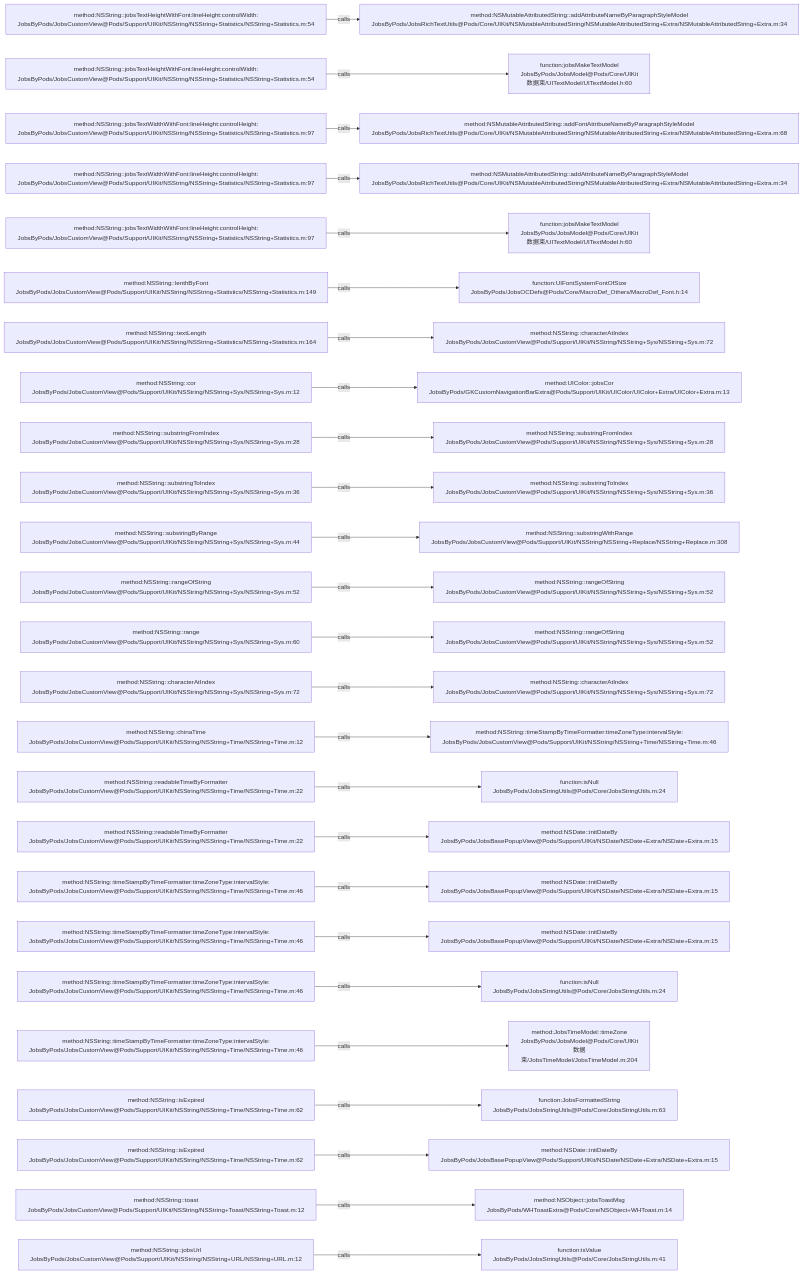
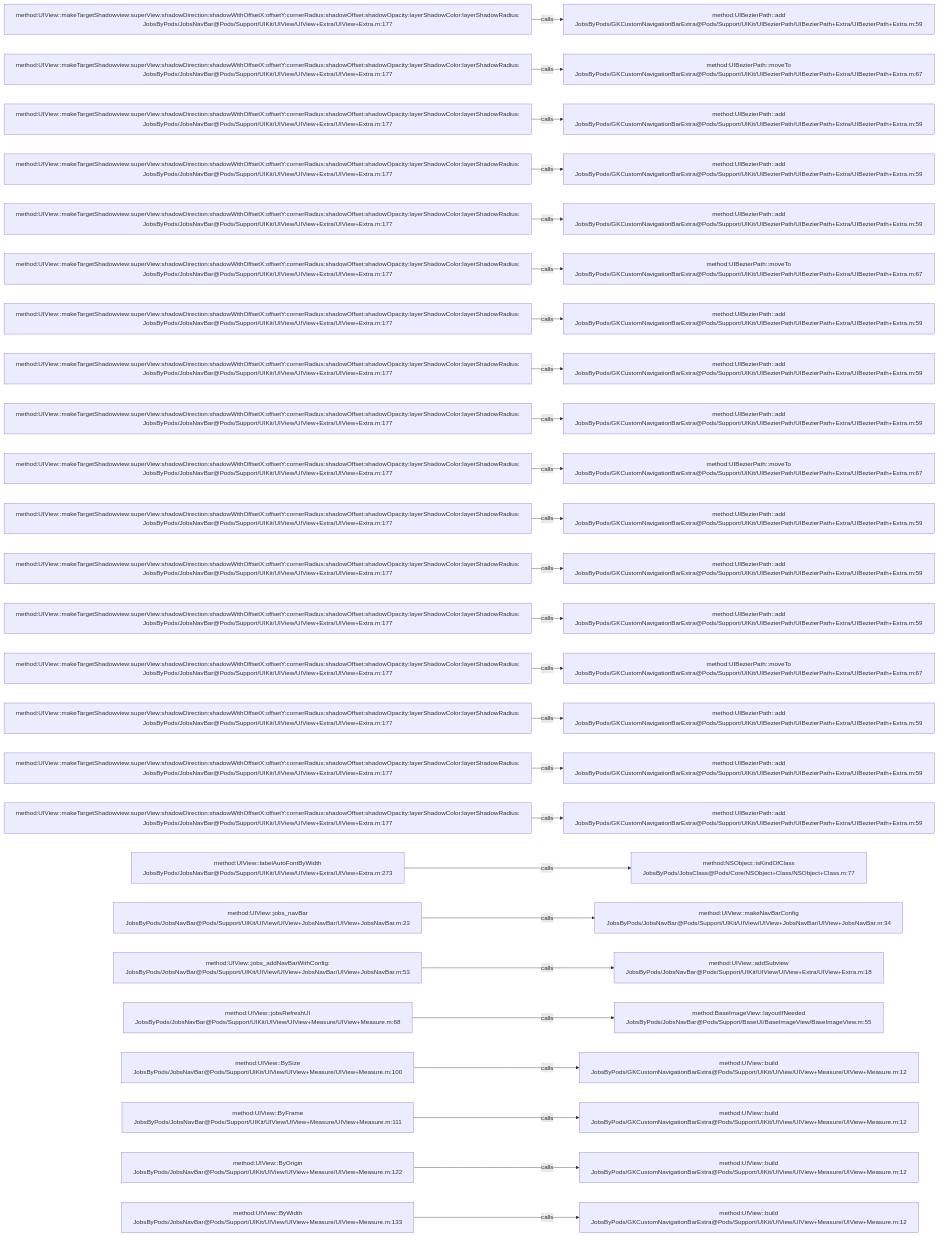
Before and after one commit to JobsKits/JobsOCBaseConfigDemo: the diagram in .codegraph/codegraph.md/graphs/calls-083.md, drawn with Mermaid. The commit also changed 573 other files, not shown here.

````diff
--- a/.codegraph/codegraph.md/graphs/calls-083.md
+++ b/.codegraph/codegraph.md/graphs/calls-083.md
@@ -13,78 +13,78 @@
 ```mermaid
 flowchart LR
-  S1["method:NSString::jobsTextHeightWithFont:lineHeight:controlWidth:<br/>JobsByPods/JobsCustomView@Pods/Support/UIKit/NSString/NSString+Statistics/NSString+Statistics.m:54"]
-  T1["method:NSMutableAttributedString::addAttributeNameByParagraphStyleModel<br/>JobsByPods/JobsRichTextUtils@Pods/Core/UIKit/NSMutableAttributedString/NSMutableAttributedString+Extra/NSMutableAttributedString+Extra.m:34"]
+  S1["method:UIView::makeTargetShadowview:superView:shadowDirection:shadowWithOffsetX:offsetY:cornerRadius:shadowOffset:shadowOpacity:layerShadowColor:layerShadowRadius:<br/>JobsByPods/JobsNavBar@Pods/Support/UIKit/UIView/UIView+Extra/UIView+Extra.m:177"]
+  T1["method:UIBezierPath::add<br/>JobsByPods/GKCustomNavigationBarExtra@Pods/Support/UIKit/UIBezierPath/UIBezierPath+Extra/UIBezierPath+Extra.m:59"]
   S1 -->|calls| T1
-  S2["method:NSString::jobsTextHeightWithFont:lineHeight:controlWidth:<br/>JobsByPods/JobsCustomView@Pods/Support/UIKit/NSString/NSString+Statistics/NSString+Statistics.m:54"]
-  T2["function:jobsMakeTextModel<br/>JobsByPods/JobsModel@Pods/Core/UIKit数据束/UITextModel/UITextModel.h:60"]
+  S2["method:UIView::makeTargetShadowview:superView:shadowDirection:shadowWithOffsetX:offsetY:cornerRadius:shadowOffset:shadowOpacity:layerShadowColor:layerShadowRadius:<br/>JobsByPods/JobsNavBar@Pods/Support/UIKit/UIView/UIView+Extra/UIView+Extra.m:177"]
+  T2["method:UIBezierPath::moveTo<br/>JobsByPods/GKCustomNavigationBarExtra@Pods/Support/UIKit/UIBezierPath/UIBezierPath+Extra/UIBezierPath+Extra.m:67"]
   S2 -->|calls| T2
-  S3["method:NSString::jobsTextWidthWithFont:lineHeight:controlHeight:<br/>JobsByPods/JobsCustomView@Pods/Support/UIKit/NSString/NSString+Statistics/NSString+Statistics.m:97"]
-  T3["method:NSMutableAttributedString::addFontAttributeNameByParagraphStyleModel<br/>JobsByPods/JobsRichTextUtils@Pods/Core/UIKit/NSMutableAttributedString/NSMutableAttributedString+Extra/NSMutableAttributedString+Extra.m:68"]
+  S3["method:UIView::makeTargetShadowview:superView:shadowDirection:shadowWithOffsetX:offsetY:cornerRadius:shadowOffset:shadowOpacity:layerShadowColor:layerShadowRadius:<br/>JobsByPods/JobsNavBar@Pods/Support/UIKit/UIView/UIView+Extra/UIView+Extra.m:177"]
+  T3["method:UIBezierPath::add<br/>JobsByPods/GKCustomNavigationBarExtra@Pods/Support/UIKit/UIBezierPath/UIBezierPath+Extra/UIBezierPath+Extra.m:59"]
   S3 -->|calls| T3
-  S4["method:NSString::jobsTextWidthWithFont:lineHeight:controlHeight:<br/>JobsByPods/JobsCustomView@Pods/Support/UIKit/NSString/NSString+Statistics/NSString+Statistics.m:97"]
-  T4["method:NSMutableAttributedString::addAttributeNameByParagraphStyleModel<br/>JobsByPods/JobsRichTextUtils@Pods/Core/UIKit/NSMutableAttributedString/NSMutableAttributedString+Extra/NSMutableAttributedString+Extra.m:34"]
+  S4["method:UIView::makeTargetShadowview:superView:shadowDirection:shadowWithOffsetX:offsetY:cornerRadius:shadowOffset:shadowOpacity:layerShadowColor:layerShadowRadius:<br/>JobsByPods/JobsNavBar@Pods/Support/UIKit/UIView/UIView+Extra/UIView+Extra.m:177"]
+  T4["method:UIBezierPath::add<br/>JobsByPods/GKCustomNavigationBarExtra@Pods/Support/UIKit/UIBezierPath/UIBezierPath+Extra/UIBezierPath+Extra.m:59"]
   S4 -->|calls| T4
-  S5["method:NSString::jobsTextWidthWithFont:lineHeight:controlHeight:<br/>JobsByPods/JobsCustomView@Pods/Support/UIKit/NSString/NSString+Statistics/NSString+Statistics.m:97"]
-  T5["function:jobsMakeTextModel<br/>JobsByPods/JobsModel@Pods/Core/UIKit数据束/UITextModel/UITextModel.h:60"]
+  S5["method:UIView::makeTargetShadowview:superView:shadowDirection:shadowWithOffsetX:offsetY:cornerRadius:shadowOffset:shadowOpacity:layerShadowColor:layerShadowRadius:<br/>JobsByPods/JobsNavBar@Pods/Support/UIKit/UIView/UIView+Extra/UIView+Extra.m:177"]
+  T5["method:UIBezierPath::add<br/>JobsByPods/GKCustomNavigationBarExtra@Pods/Support/UIKit/UIBezierPath/UIBezierPath+Extra/UIBezierPath+Extra.m:59"]
   S5 -->|calls| T5
-  S6["method:NSString::lenthByFont<br/>JobsByPods/JobsCustomView@Pods/Support/UIKit/NSString/NSString+Statistics/NSString+Statistics.m:149"]
-  T6["function:UIFontSystemFontOfSize<br/>JobsByPods/JobsOCDefs@Pods/Core/MacroDef_Others/MacroDef_Font.h:14"]
+  S6["method:UIView::makeTargetShadowview:superView:shadowDirection:shadowWithOffsetX:offsetY:cornerRadius:shadowOffset:shadowOpacity:layerShadowColor:layerShadowRadius:<br/>JobsByPods/JobsNavBar@Pods/Support/UIKit/UIView/UIView+Extra/UIView+Extra.m:177"]
+  T6["method:UIBezierPath::moveTo<br/>JobsByPods/GKCustomNavigationBarExtra@Pods/Support/UIKit/UIBezierPath/UIBezierPath+Extra/UIBezierPath+Extra.m:67"]
   S6 -->|calls| T6
-  S7["method:NSString::textLength<br/>JobsByPods/JobsCustomView@Pods/Support/UIKit/NSString/NSString+Statistics/NSString+Statistics.m:164"]
-  T7["method:NSString::characterAtIndex<br/>JobsByPods/JobsCustomView@Pods/Support/UIKit/NSString/NSString+Sys/NSString+Sys.m:72"]
+  S7["method:UIView::makeTargetShadowview:superView:shadowDirection:shadowWithOffsetX:offsetY:cornerRadius:shadowOffset:shadowOpacity:layerShadowColor:layerShadowRadius:<br/>JobsByPods/JobsNavBar@Pods/Support/UIKit/UIView/UIView+Extra/UIView+Extra.m:177"]
+  T7["method:UIBezierPath::add<br/>JobsByPods/GKCustomNavigationBarExtra@Pods/Support/UIKit/UIBezierPath/UIBezierPath+Extra/UIBezierPath+Extra.m:59"]
   S7 -->|calls| T7
-  S8["method:NSString::cor<br/>JobsByPods/JobsCustomView@Pods/Support/UIKit/NSString/NSString+Sys/NSString+Sys.m:12"]
-  T8["method:UIColor::jobsCor<br/>JobsByPods/GKCustomNavigationBarExtra@Pods/Support/UIKit/UIColor/UIColor+Extra/UIColor+Extra.m:13"]
+  S8["method:UIView::makeTargetShadowview:superView:shadowDirection:shadowWithOffsetX:offsetY:cornerRadius:shadowOffset:shadowOpacity:layerShadowColor:layerShadowRadius:<br/>JobsByPods/JobsNavBar@Pods/Support/UIKit/UIView/UIView+Extra/UIView+Extra.m:177"]
+  T8["method:UIBezierPath::add<br/>JobsByPods/GKCustomNavigationBarExtra@Pods/Support/UIKit/UIBezierPath/UIBezierPath+Extra/UIBezierPath+Extra.m:59"]
   S8 -->|calls| T8
-  S9["method:NSString::substringFromIndex<br/>JobsByPods/JobsCustomView@Pods/Support/UIKit/NSString/NSString+Sys/NSString+Sys.m:28"]
-  T9["method:NSString::substringFromIndex<br/>JobsByPods/JobsCustomView@Pods/Support/UIKit/NSString/NSString+Sys/NSString+Sys.m:28"]
+  S9["method:UIView::makeTargetShadowview:superView:shadowDirection:shadowWithOffsetX:offsetY:cornerRadius:shadowOffset:shadowOpacity:layerShadowColor:layerShadowRadius:<br/>JobsByPods/JobsNavBar@Pods/Support/UIKit/UIView/UIView+Extra/UIView+Extra.m:177"]
+  T9["method:UIBezierPath::add<br/>JobsByPods/GKCustomNavigationBarExtra@Pods/Support/UIKit/UIBezierPath/UIBezierPath+Extra/UIBezierPath+Extra.m:59"]
   S9 -->|calls| T9
-  S10["method:NSString::substringToIndex<br/>JobsByPods/JobsCustomView@Pods/Support/UIKit/NSString/NSString+Sys/NSString+Sys.m:36"]
-  T10["method:NSString::substringToIndex<br/>JobsByPods/JobsCustomView@Pods/Support/UIKit/NSString/NSString+Sys/NSString+Sys.m:36"]
+  S10["method:UIView::makeTargetShadowview:superView:shadowDirection:shadowWithOffsetX:offsetY:cornerRadius:shadowOffset:shadowOpacity:layerShadowColor:layerShadowRadius:<br/>JobsByPods/JobsNavBar@Pods/Support/UIKit/UIView/UIView+Extra/UIView+Extra.m:177"]
+  T10["method:UIBezierPath::moveTo<br/>JobsByPods/GKCustomNavigationBarExtra@Pods/Support/UIKit/UIBezierPath/UIBezierPath+Extra/UIBezierPath+Extra.m:67"]
   S10 -->|calls| T10
-  S11["method:NSString::substringByRange<br/>JobsByPods/JobsCustomView@Pods/Support/UIKit/NSString/NSString+Sys/NSString+Sys.m:44"]
-  T11["method:NSString::substringWithRange<br/>JobsByPods/JobsCustomView@Pods/Support/UIKit/NSString/NSString+Replace/NSString+Replace.m:308"]
+  S11["method:UIView::makeTargetShadowview:superView:shadowDirection:shadowWithOffsetX:offsetY:cornerRadius:shadowOffset:shadowOpacity:layerShadowColor:layerShadowRadius:<br/>JobsByPods/JobsNavBar@Pods/Support/UIKit/UIView/UIView+Extra/UIView+Extra.m:177"]
+  T11["method:UIBezierPath::add<br/>JobsByPods/GKCustomNavigationBarExtra@Pods/Support/UIKit/UIBezierPath/UIBezierPath+Extra/UIBezierPath+Extra.m:59"]
   S11 -->|calls| T11
-  S12["method:NSString::rangeOfString<br/>JobsByPods/JobsCustomView@Pods/Support/UIKit/NSString/NSString+Sys/NSString+Sys.m:52"]
-  T12["method:NSString::rangeOfString<br/>JobsByPods/JobsCustomView@Pods/Support/UIKit/NSString/NSString+Sys/NSString+Sys.m:52"]
+  S12["method:UIView::makeTargetShadowview:superView:shadowDirection:shadowWithOffsetX:offsetY:cornerRadius:shadowOffset:shadowOpacity:layerShadowColor:layerShadowRadius:<br/>JobsByPods/JobsNavBar@Pods/Support/UIKit/UIView/UIView+Extra/UIView+Extra.m:177"]
+  T12["method:UIBezierPath::add<br/>JobsByPods/GKCustomNavigationBarExtra@Pods/Support/UIKit/UIBezierPath/UIBezierPath+Extra/UIBezierPath+Extra.m:59"]
   S12 -->|calls| T12
-  S13["method:NSString::range<br/>JobsByPods/JobsCustomView@Pods/Support/UIKit/NSString/NSString+Sys/NSString+Sys.m:60"]
-  T13["method:NSString::rangeOfString<br/>JobsByPods/JobsCustomView@Pods/Support/UIKit/NSString/NSString+Sys/NSString+Sys.m:52"]
+  S13["method:UIView::makeTargetShadowview:superView:shadowDirection:shadowWithOffsetX:offsetY:cornerRadius:shadowOffset:shadowOpacity:layerShadowColor:layerShadowRadius:<br/>JobsByPods/JobsNavBar@Pods/Support/UIKit/UIView/UIView+Extra/UIView+Extra.m:177"]
+  T13["method:UIBezierPath::add<br/>JobsByPods/GKCustomNavigationBarExtra@Pods/Support/UIKit/UIBezierPath/UIBezierPath+Extra/UIBezierPath+Extra.m:59"]
   S13 -->|calls| T13
-  S14["method:NSString::characterAtIndex<br/>JobsByPods/JobsCustomView@Pods/Support/UIKit/NSString/NSString+Sys/NSString+Sys.m:72"]
-  T14["method:NSString::characterAtIndex<br/>JobsByPods/JobsCustomView@Pods/Support/UIKit/NSString/NSString+Sys/NSString+Sys.m:72"]
+  S14["method:UIView::makeTargetShadowview:superView:shadowDirection:shadowWithOffsetX:offsetY:cornerRadius:shadowOffset:shadowOpacity:layerShadowColor:layerShadowRadius:<br/>JobsByPods/JobsNavBar@Pods/Support/UIKit/UIView/UIView+Extra/UIView+Extra.m:177"]
+  T14["method:UIBezierPath::moveTo<br/>JobsByPods/GKCustomNavigationBarExtra@Pods/Support/UIKit/UIBezierPath/UIBezierPath+Extra/UIBezierPath+Extra.m:67"]
   S14 -->|calls| T14
-  S15["method:NSString::chinaTime<br/>JobsByPods/JobsCustomView@Pods/Support/UIKit/NSString/NSString+Time/NSString+Time.m:12"]
-  T15["method:NSString::timeStampByTimeFormatter:timeZoneType:intervalStyle:<br/>JobsByPods/JobsCustomView@Pods/Support/UIKit/NSString/NSString+Time/NSString+Time.m:46"]
+  S15["method:UIView::makeTargetShadowview:superView:shadowDirection:shadowWithOffsetX:offsetY:cornerRadius:shadowOffset:shadowOpacity:layerShadowColor:layerShadowRadius:<br/>JobsByPods/JobsNavBar@Pods/Support/UIKit/UIView/UIView+Extra/UIView+Extra.m:177"]
+  T15["method:UIBezierPath::add<br/>JobsByPods/GKCustomNavigationBarExtra@Pods/Support/UIKit/UIBezierPath/UIBezierPath+Extra/UIBezierPath+Extra.m:59"]
   S15 -->|calls| T15
-  S16["method:NSString::readableTimeByFormatter<br/>JobsByPods/JobsCustomView@Pods/Support/UIKit/NSString/NSString+Time/NSString+Time.m:22"]
-  T16["function:isNull<br/>JobsByPods/JobsStringUtils@Pods/Core/JobsStringUtils.m:24"]
+  S16["method:UIView::makeTargetShadowview:superView:shadowDirection:shadowWithOffsetX:offsetY:cornerRadius:shadowOffset:shadowOpacity:layerShadowColor:layerShadowRadius:<br/>JobsByPods/JobsNavBar@Pods/Support/UIKit/UIView/UIView+Extra/UIView+Extra.m:177"]
+  T16["method:UIBezierPath::add<br/>JobsByPods/GKCustomNavigationBarExtra@Pods/Support/UIKit/UIBezierPath/UIBezierPath+Extra/UIBezierPath+Extra.m:59"]
   S16 -->|calls| T16
-  S17["method:NSString::readableTimeByFormatter<br/>JobsByPods/JobsCustomView@Pods/Support/UIKit/NSString/NSString+Time/NSString+Time.m:22"]
-  T17["method:NSDate::initDateBy<br/>JobsByPods/JobsBasePopupView@Pods/Support/UIKit/NSDate/NSDate+Extra/NSDate+Extra.m:15"]
+  S17["method:UIView::makeTargetShadowview:superView:shadowDirection:shadowWithOffsetX:offsetY:cornerRadius:shadowOffset:shadowOpacity:layerShadowColor:layerShadowRadius:<br/>JobsByPods/JobsNavBar@Pods/Support/UIKit/UIView/UIView+Extra/UIView+Extra.m:177"]
+  T17["method:UIBezierPath::add<br/>JobsByPods/GKCustomNavigationBarExtra@Pods/Support/UIKit/UIBezierPath/UIBezierPath+Extra/UIBezierPath+Extra.m:59"]
   S17 -->|calls| T17
-  S18["method:NSString::timeStampByTimeFormatter:timeZoneType:intervalStyle:<br/>JobsByPods/JobsCustomView@Pods/Support/UIKit/NSString/NSString+Time/NSString+Time.m:46"]
-  T18["method:NSDate::initDateBy<br/>JobsByPods/JobsBasePopupView@Pods/Support/UIKit/NSDate/NSDate+Extra/NSDate+Extra.m:15"]
+  S18["method:UIView::labelAutoFontByWidth<br/>JobsByPods/JobsNavBar@Pods/Support/UIKit/UIView/UIView+Extra/UIView+Extra.m:273"]
+  T18["method:NSObject::isKindOfClass<br/>JobsByPods/JobsClass@Pods/Core/NSObject+Class/NSObject+Class.m:77"]
   S18 -->|calls| T18
-  S19["method:NSString::timeStampByTimeFormatter:timeZoneType:intervalStyle:<br/>JobsByPods/JobsCustomView@Pods/Support/UIKit/NSString/NSString+Time/NSString+Time.m:46"]
-  T19["method:NSDate::initDateBy<br/>JobsByPods/JobsBasePopupView@Pods/Support/UIKit/NSDate/NSDate+Extra/NSDate+Extra.m:15"]
+  S19["method:UIView::jobs_navBar<br/>JobsByPods/JobsNavBar@Pods/Support/UIKit/UIView/UIView+JobsNavBar/UIView+JobsNavBar.m:23"]
+  T19["method:UIView::makeNavBarConfig<br/>JobsByPods/JobsNavBar@Pods/Support/UIKit/UIView/UIView+JobsNavBar/UIView+JobsNavBar.m:34"]
   S19 -->|calls| T19
-  S20["method:NSString::timeStampByTimeFormatter:timeZoneType:intervalStyle:<br/>JobsByPods/JobsCustomView@Pods/Support/UIKit/NSString/NSString+Time/NSString+Time.m:46"]
-  T20["function:isNull<br/>JobsByPods/JobsStringUtils@Pods/Core/JobsStringUtils.m:24"]
+  S20["method:UIView::jobs_addNavBarWithConfig:<br/>JobsByPods/JobsNavBar@Pods/Support/UIKit/UIView/UIView+JobsNavBar/UIView+JobsNavBar.m:53"]
+  T20["method:UIView::addSubview<br/>JobsByPods/JobsNavBar@Pods/Support/UIKit/UIView/UIView+Extra/UIView+Extra.m:18"]
   S20 -->|calls| T20
-  S21["method:NSString::timeStampByTimeFormatter:timeZoneType:intervalStyle:<br/>JobsByPods/JobsCustomView@Pods/Support/UIKit/NSString/NSString+Time/NSString+Time.m:46"]
-  T21["method:JobsTimeModel::timeZone<br/>JobsByPods/JobsModel@Pods/Core/UIKit数据束/JobsTimeModel/JobsTimeModel.m:204"]
+  S21["method:UIView::jobsRefreshUI<br/>JobsByPods/JobsNavBar@Pods/Support/UIKit/UIView/UIView+Measure/UIView+Measure.m:68"]
+  T21["method:BaseImageView::layoutIfNeeded<br/>JobsByPods/JobsNavBar@Pods/Support/BaseUI/BaseImageView/BaseImageView.m:55"]
   S21 -->|calls| T21
-  S22["method:NSString::isExpired<br/>JobsByPods/JobsCustomView@Pods/Support/UIKit/NSString/NSString+Time/NSString+Time.m:62"]
-  T22["function:JobsFormattedString<br/>JobsByPods/JobsStringUtils@Pods/Core/JobsStringUtils.m:63"]
+  S22["method:UIView::BySize<br/>JobsByPods/JobsNavBar@Pods/Support/UIKit/UIView/UIView+Measure/UIView+Measure.m:100"]
+  T22["method:UIView::build<br/>JobsByPods/GKCustomNavigationBarExtra@Pods/Support/UIKit/UIView/UIView+Measure/UIView+Measure.m:12"]
   S22 -->|calls| T22
-  S23["method:NSString::isExpired<br/>JobsByPods/JobsCustomView@Pods/Support/UIKit/NSString/NSString+Time/NSString+Time.m:62"]
-  T23["method:NSDate::initDateBy<br/>JobsByPods/JobsBasePopupView@Pods/Support/UIKit/NSDate/NSDate+Extra/NSDate+Extra.m:15"]
+  S23["method:UIView::ByFrame<br/>JobsByPods/JobsNavBar@Pods/Support/UIKit/UIView/UIView+Measure/UIView+Measure.m:111"]
+  T23["method:UIView::build<br/>JobsByPods/GKCustomNavigationBarExtra@Pods/Support/UIKit/UIView/UIView+Measure/UIView+Measure.m:12"]
   S23 -->|calls| T23
-  S24["method:NSString::toast<br/>JobsByPods/JobsCustomView@Pods/Support/UIKit/NSString/NSString+Toast/NSString+Toast.m:12"]
-  T24["method:NSObject::jobsToastMsg<br/>JobsByPods/WHToastExtra@Pods/Core/NSObject+WHToast.m:14"]
+  S24["method:UIView::ByOrigin<br/>JobsByPods/JobsNavBar@Pods/Support/UIKit/UIView/UIView+Measure/UIView+Measure.m:122"]
+  T24["method:UIView::build<br/>JobsByPods/GKCustomNavigationBarExtra@Pods/Support/UIKit/UIView/UIView+Measure/UIView+Measure.m:12"]
   S24 -->|calls| T24
-  S25["method:NSString::jobsUrl<br/>JobsByPods/JobsCustomView@Pods/Support/UIKit/NSString/NSString+URL/NSString+URL.m:12"]
-  T25["function:isValue<br/>JobsByPods/JobsStringUtils@Pods/Core/JobsStringUtils.m:41"]
+  S25["method:UIView::ByWidth<br/>JobsByPods/JobsNavBar@Pods/Support/UIKit/UIView/UIView+Measure/UIView+Measure.m:133"]
+  T25["method:UIView::build<br/>JobsByPods/GKCustomNavigationBarExtra@Pods/Support/UIKit/UIView/UIView+Measure/UIView+Measure.m:12"]
   S25 -->|calls| T25
 ```
````
